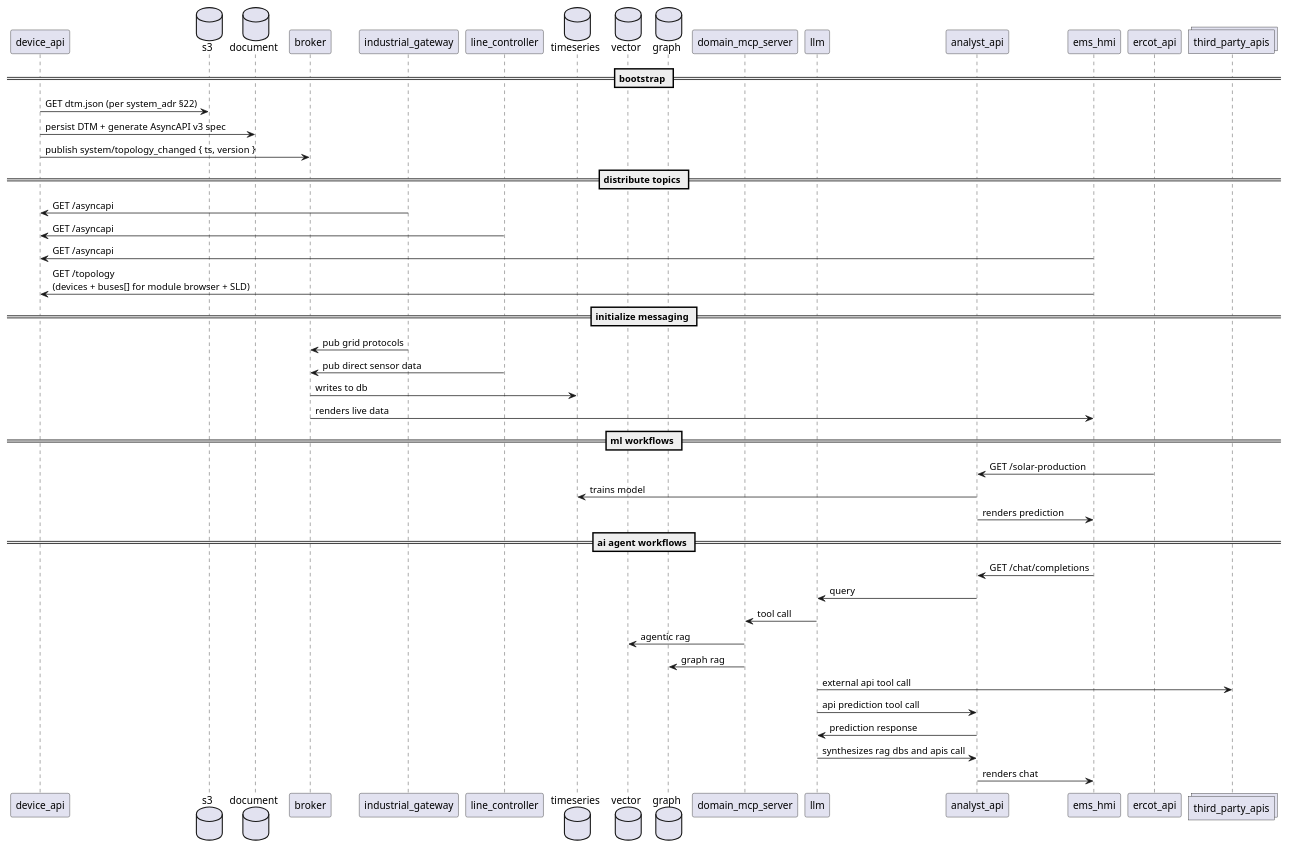
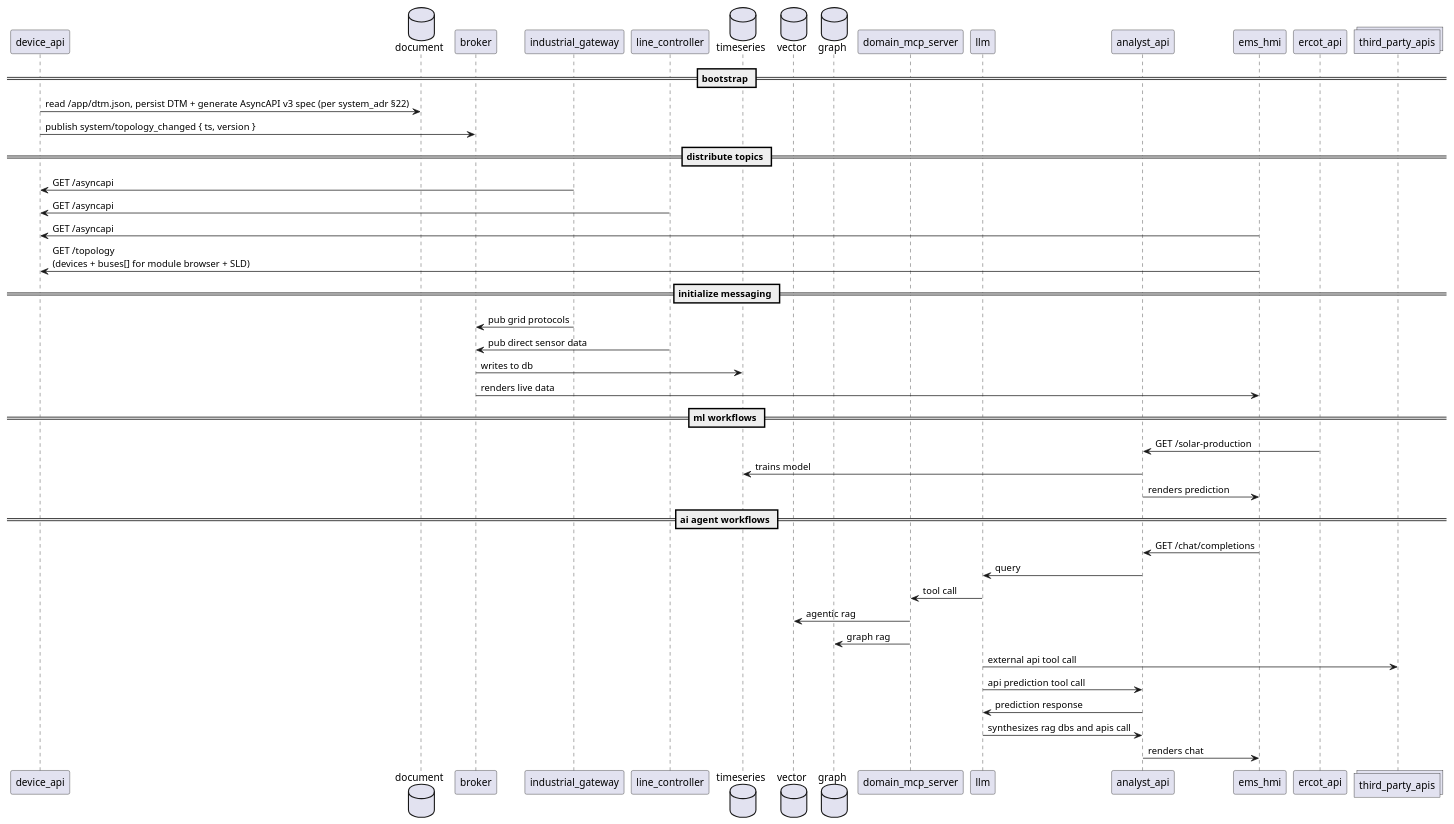
Before and after one commit to arcnode-io/ems: the second of 6 diagrams in readme.md, drawn with PlantUML. The commit also changed 1 other file, not shown here.

Commit message:
docs(adr §22): DTM bootstrap moves from S3 fetch to flat-file mount

````diff
--- a/readme.md
+++ b/readme.md
@@ -68,46 +68,44 @@
 ```plantuml
 participant device_api
-database s3
 database document
 participant broker
 participant industrial_gateway
 participant line_controller
 database timeseries
 database vector
 database graph
 participant domain_mcp_server
 participant llm
 participant analyst_api
 participant ems_hmi
 participant ercot_api
 collections third_party_apis
 == bootstrap ==
-device_api -> s3: GET dtm.json (per system_adr §22)
-device_api -> document: persist DTM + generate AsyncAPI v3 spec
+device_api -> document: read /app/dtm.json, persist DTM + generate AsyncAPI v3 spec (per system_adr §22)
 device_api -> broker: publish system/topology_changed { ts, version }
 == distribute topics ==
 industrial_gateway -> device_api: GET /asyncapi
 line_controller -> device_api: GET /asyncapi
 ems_hmi -> device_api: GET /asyncapi
 ems_hmi -> device_api: GET /topology\n(devices + buses[] for module browser + SLD)
 ==  initialize messaging ==
 industrial_gateway -> broker: pub grid protocols
 line_controller -> broker: pub direct sensor data
 broker -> timeseries: writes to db
 broker -> ems_hmi: renders live data
 == ml workflows ==
 ercot_api -> analyst_api: GET /solar-production
 timeseries <- analyst_api: trains model
 analyst_api -> ems_hmi: renders prediction
 == ai agent workflows ==
 ems_hmi -> analyst_api: GET /chat/completions  
 analyst_api -> llm: query
 llm -> domain_mcp_server: tool call
 domain_mcp_server -> vector: agentic rag
 domain_mcp_server -> graph: graph rag
 llm -> third_party_apis: external api tool call
 llm -> analyst_api: api prediction tool call
 analyst_api -> llm: prediction response
 llm -> analyst_api: synthesizes rag dbs and apis call
 analyst_api -> ems_hmi: renders chat
 ```
````
